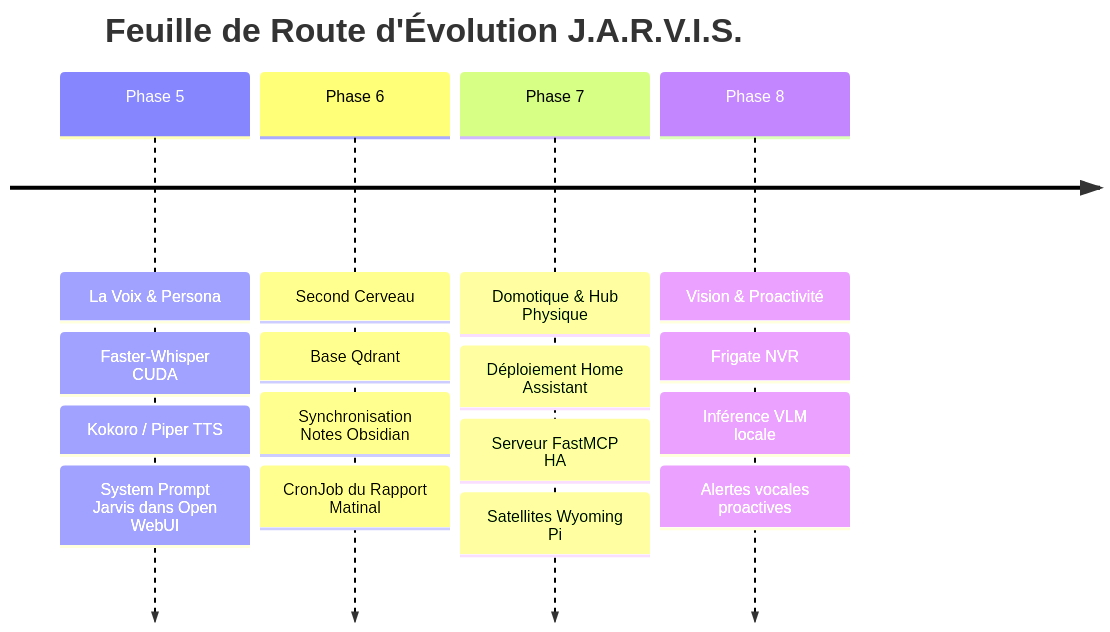
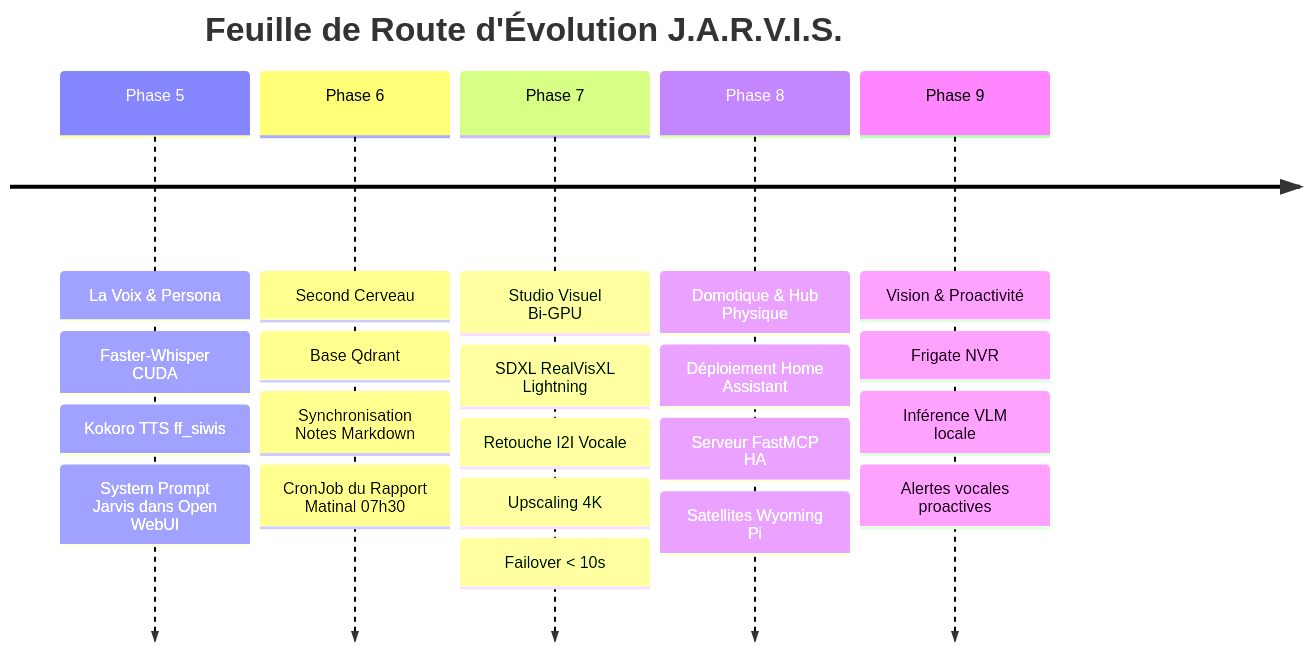
Before and after one commit to xelnagas/argocd-IA-local: the second of 2 diagrams in evolution.md, drawn with Mermaid. The commit also changed other lines of this file and 10 other files, not shown here.

Commit message:
docs: update all documentation files and validation test suite for Phase 7 Studio Visuel

````diff
--- a/evolution.md
+++ b/evolution.md
@@ -196,8 +196,9 @@
 ```mermaid
 timeline
     title Feuille de Route d'Évolution J.A.R.V.I.S.
-    Phase 5 : La Voix & Persona : Faster-Whisper CUDA : Kokoro / Piper TTS : System Prompt Jarvis dans Open WebUI
-    Phase 6 : Second Cerveau : Base Qdrant : Synchronisation Notes Obsidian : CronJob du Rapport Matinal
-    Phase 7 : Domotique & Hub Physique : Déploiement Home Assistant : Serveur FastMCP HA : Satellites Wyoming Pi
-    Phase 8 : Vision & Proactivité : Frigate NVR : Inférence VLM locale : Alertes vocales proactives
+    Phase 5 : La Voix & Persona : Faster-Whisper CUDA : Kokoro TTS ff_siwis : System Prompt Jarvis dans Open WebUI
+    Phase 6 : Second Cerveau : Base Qdrant : Synchronisation Notes Markdown : CronJob du Rapport Matinal 07h30
+    Phase 7 : Studio Visuel Bi-GPU : SDXL RealVisXL Lightning : Retouche I2I Vocale : Upscaling 4K : Failover < 10s
+    Phase 8 : Domotique & Hub Physique : Déploiement Home Assistant : Serveur FastMCP HA : Satellites Wyoming Pi
+    Phase 9 : Vision & Proactivité : Frigate NVR : Inférence VLM locale : Alertes vocales proactives
 ```
````
